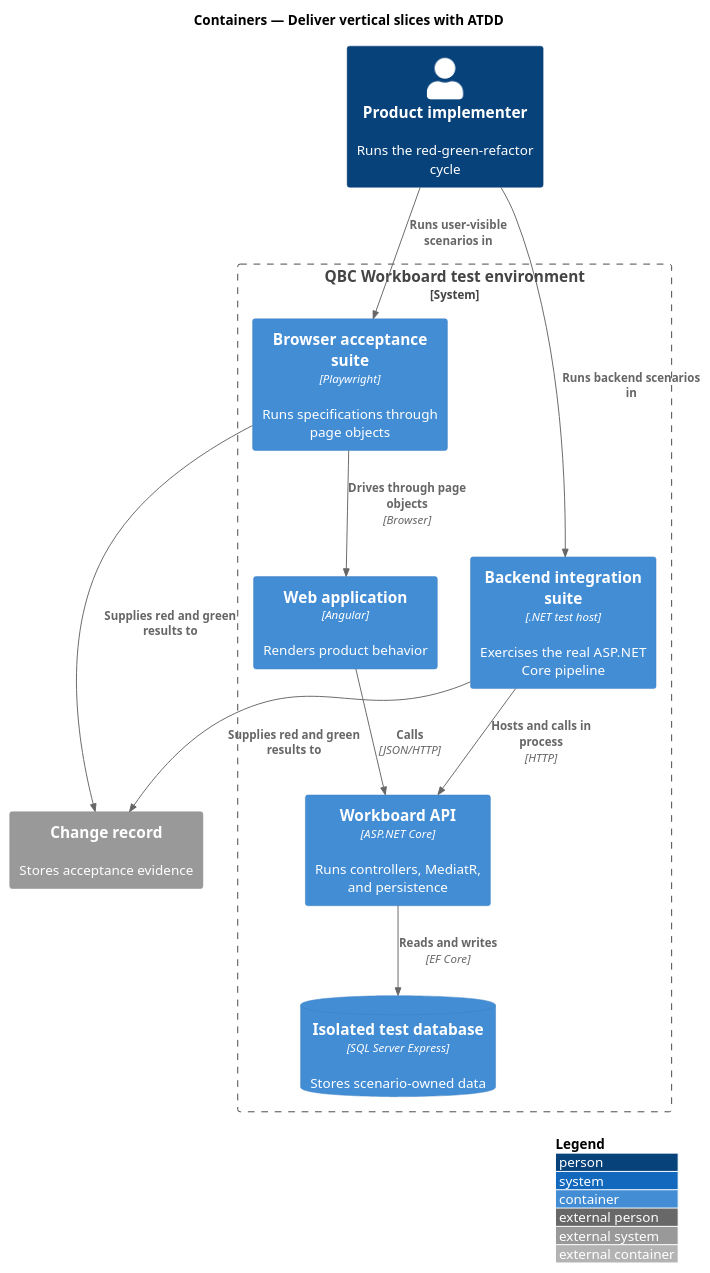
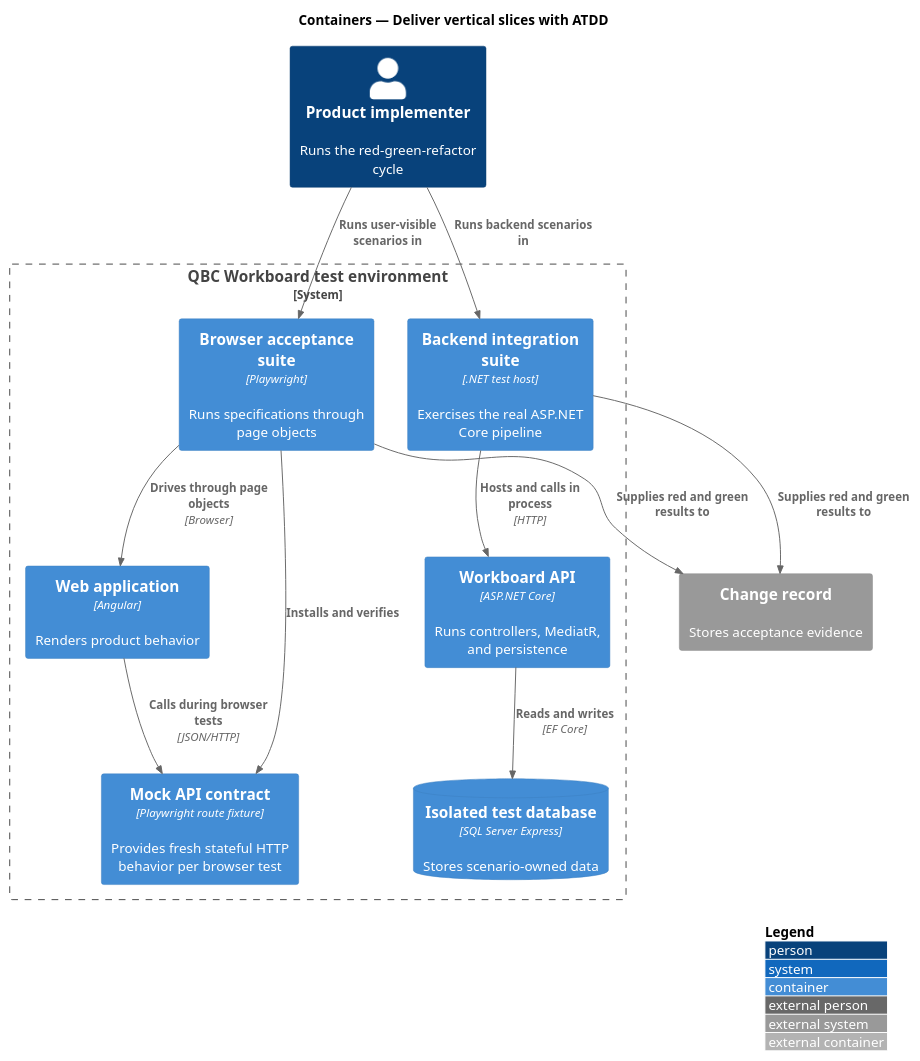
The diagram in docs/detailed-designs/quality/deliver-with-atdd/diagrams/c4-container.puml (QuinntyneBrown/quinntyne-brown-consulting), drawn with PlantUML before and after one commit. The commit also changed 24 other files, not shown here.

```diff
--- a/docs/detailed-designs/quality/deliver-with-atdd/diagrams/c4-container.puml
+++ b/docs/detailed-designs/quality/deliver-with-atdd/diagrams/c4-container.puml
@@ -1,24 +1,26 @@
 @startuml
 !include <C4/C4_Container>
 LAYOUT_WITH_LEGEND()
 title Containers — Deliver vertical slices with ATDD
 
 Person(implementer, "Product implementer", "Runs the red-green-refactor cycle")
 System_Boundary(workboard, "QBC Workboard test environment") {
   Container(playwright, "Browser acceptance suite", "Playwright", "Runs specifications through page objects")
   Container(spa, "Web application", "Angular", "Renders product behavior")
+  Container(mockApi, "Mock API contract", "Playwright route fixture", "Provides fresh stateful HTTP behavior per browser test")
   Container(apiTests, "Backend integration suite", ".NET test host", "Exercises the real ASP.NET Core pipeline")
   Container(api, "Workboard API", "ASP.NET Core", "Runs controllers, MediatR, and persistence")
   ContainerDb(db, "Isolated test database", "SQL Server Express", "Stores scenario-owned data")
 }
 System_Ext(changeRecord, "Change record", "Stores acceptance evidence")
 
 Rel(implementer, playwright, "Runs user-visible scenarios in")
 Rel(implementer, apiTests, "Runs backend scenarios in")
 Rel(playwright, spa, "Drives through page objects", "Browser")
-Rel(spa, api, "Calls", "JSON/HTTP")
+Rel(spa, mockApi, "Calls during browser tests", "JSON/HTTP")
+Rel(playwright, mockApi, "Installs and verifies")
 Rel(apiTests, api, "Hosts and calls in process", "HTTP")
 Rel(api, db, "Reads and writes", "EF Core")
 Rel(playwright, changeRecord, "Supplies red and green results to")
 Rel(apiTests, changeRecord, "Supplies red and green results to")
 @enduml
```
